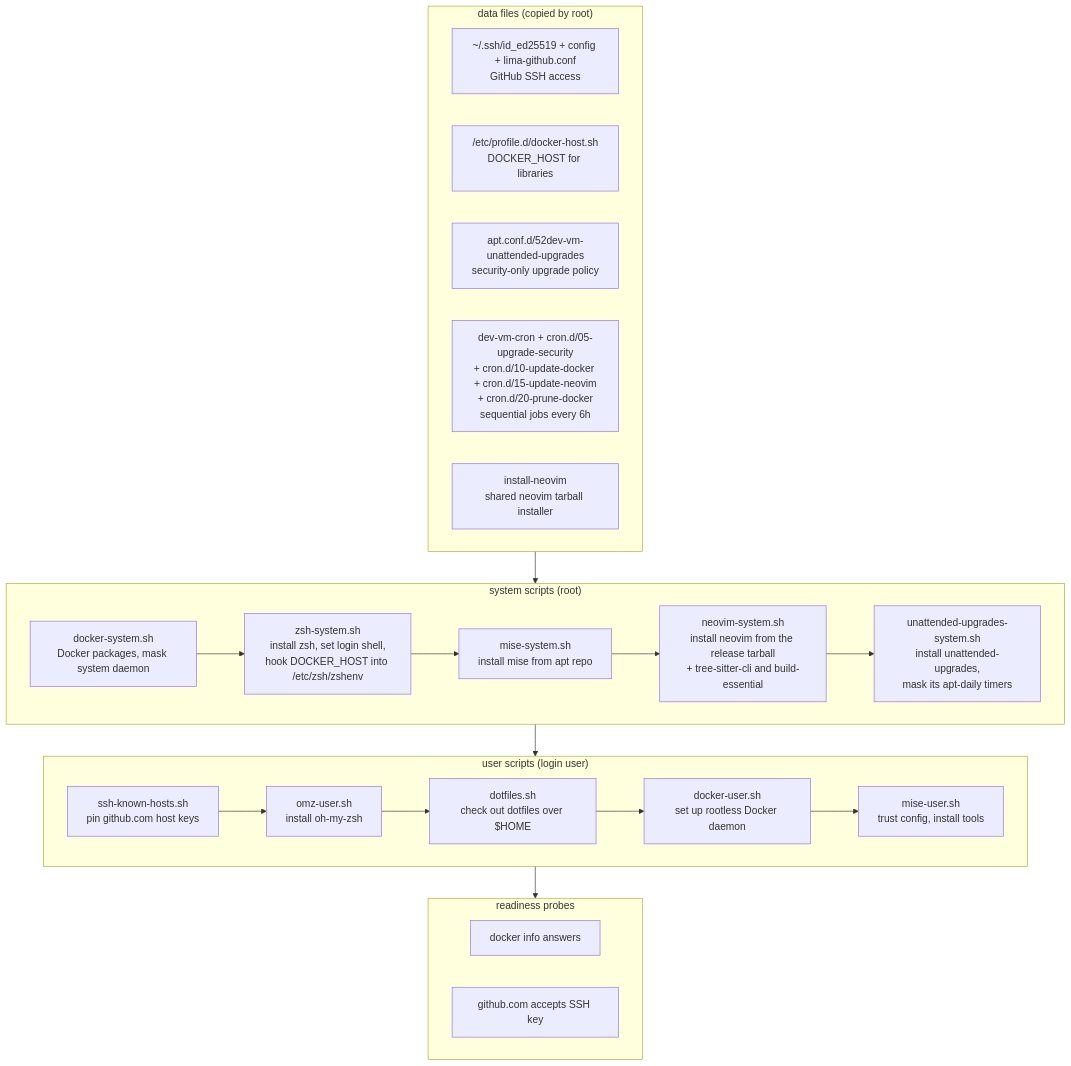
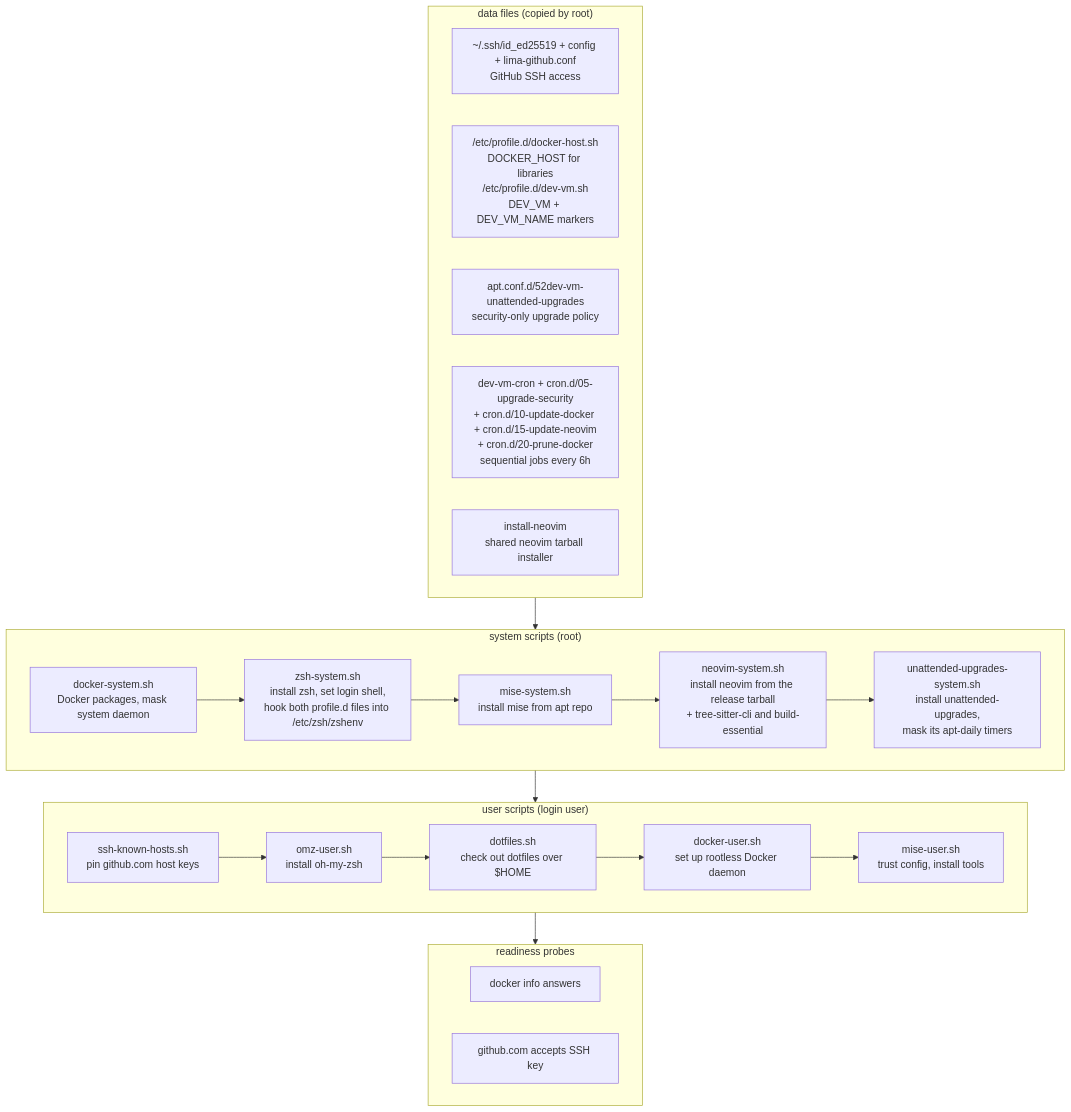
Before and after one commit to robsonpeixoto/dev-vm: the diagram in README.md, drawn with Mermaid. The commit also changed other lines of this file and 3 other files, not shown here.

First line of the commit message:
feat: export DEV_VM and DEV_VM_NAME in the guest

````diff
--- a/README.md
+++ b/README.md
@@ -442,37 +444,37 @@
 ```mermaid
 flowchart TD
     subgraph data["data files (copied by root)"]
         d1["~/.ssh/id_ed25519 + config + lima-github.conf<br>GitHub SSH access"]
-        d2["/etc/profile.d/docker-host.sh<br>DOCKER_HOST for libraries"]
+        d2["/etc/profile.d/docker-host.sh<br>DOCKER_HOST for libraries<br>/etc/profile.d/dev-vm.sh<br>DEV_VM + DEV_VM_NAME markers"]
         d3["apt.conf.d/52dev-vm-unattended-upgrades<br>security-only upgrade policy"]
         d4["dev-vm-cron + cron.d/05-upgrade-security<br>+ cron.d/10-update-docker + cron.d/15-update-neovim<br>+ cron.d/20-prune-docker<br>sequential jobs every 6h"]
         d5["install-neovim<br>shared neovim tarball installer"]
     end
 
     subgraph system["system scripts (root)"]
         s1["docker-system.sh<br>Docker packages, mask system daemon"]
-        s2["zsh-system.sh<br>install zsh, set login shell,<br>hook DOCKER_HOST into /etc/zsh/zshenv"]
+        s2["zsh-system.sh<br>install zsh, set login shell,<br>hook both profile.d files into /etc/zsh/zshenv"]
         s3["mise-system.sh<br>install mise from apt repo"]
         s4["neovim-system.sh<br>install neovim from the release tarball<br>+ tree-sitter-cli and build-essential"]
         s5["unattended-upgrades-system.sh<br>install unattended-upgrades,<br>mask its apt-daily timers"]
     end
 
     subgraph user["user scripts (login user)"]
         u1["ssh-known-hosts.sh<br>pin github.com host keys"]
         u2["omz-user.sh<br>install oh-my-zsh"]
         u3["dotfiles.sh<br>check out dotfiles over $HOME"]
         u4["docker-user.sh<br>set up rootless Docker daemon"]
         u5["mise-user.sh<br>trust config, install tools"]
     end
 
     subgraph probes["readiness probes"]
         p1["docker info answers"]
         p2["github.com accepts SSH key"]
     end
 
     data --> system
     s1 --> s2 --> s3 --> s4 --> s5
     system --> user
     u1 --> u2 --> u3 --> u4 --> u5
     user --> probes
 ```
````
